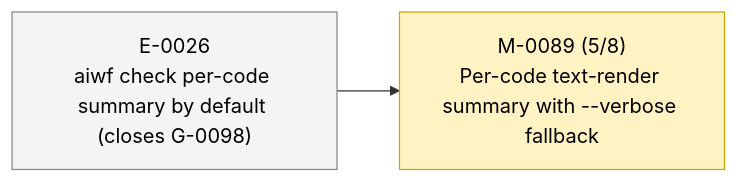
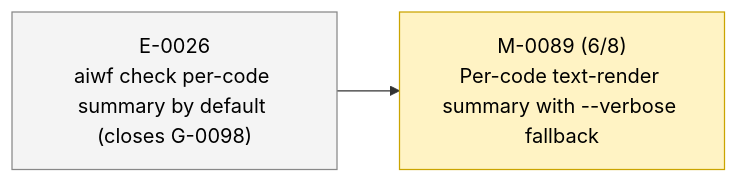
One commit to 23min/aiwf changed the second of 2 diagrams in STATUS.md. Above: the diagram before and after it, drawn with Mermaid. The commit also changed other lines of this file and 1 other file, not shown here.

````diff
--- a/STATUS.md
+++ b/STATUS.md
@@ -51,12 +51,12 @@
 ```mermaid
 flowchart LR
   E_0026["E-0026<br/>aiwf check per-code summary by default (closes G-0098)"]:::epic_proposed
-  M_0089["M-0089 (5/8)<br/>Per-code text-render summary with --verbose fallback"]:::ms_in_progress
+  M_0089["M-0089 (6/8)<br/>Per-code text-render summary with --verbose fallback"]:::ms_in_progress
   E_0026 --> M_0089
   classDef epic_active fill:#d6eaff,stroke:#1a73e8,color:#000
   classDef epic_proposed fill:#f4f4f4,stroke:#888,color:#000
   classDef ms_done fill:#d8f5d8,stroke:#2a8a2a,color:#000
   classDef ms_in_progress fill:#fff3c4,stroke:#caa400,color:#000
   classDef ms_draft fill:#f4f4f4,stroke:#888,color:#000
   classDef ms_cancelled fill:#fbeaea,stroke:#c33,color:#000
 ```
````
